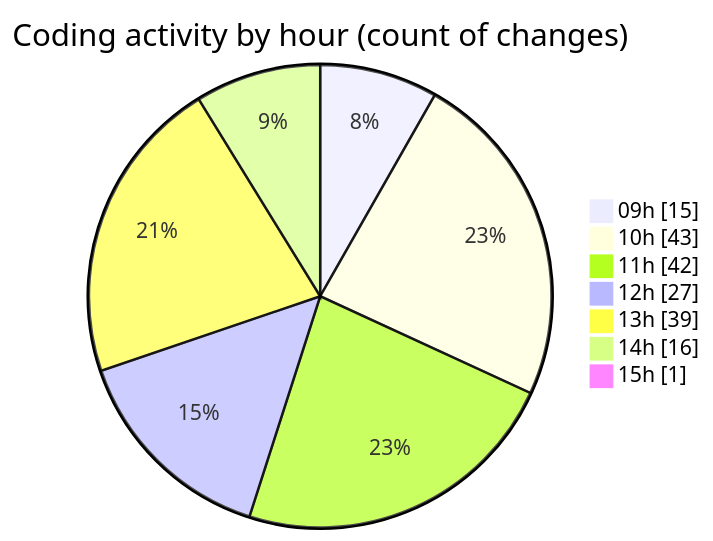
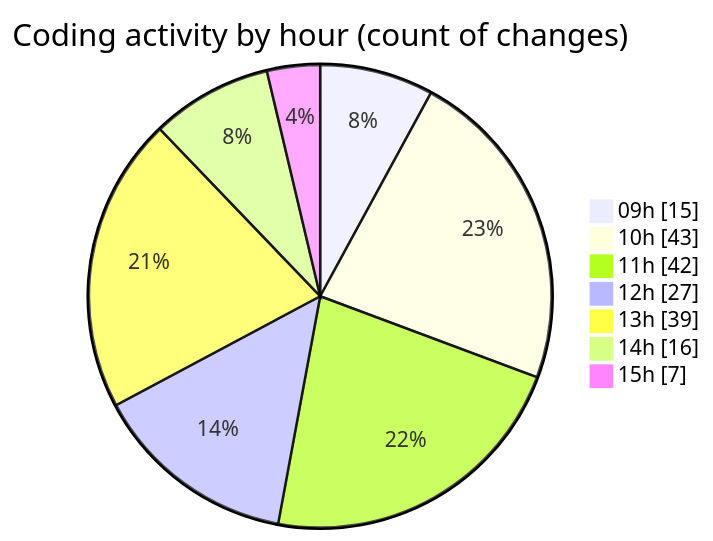
One commit to momahboobian/code-tracking changed the second of 2 diagrams in 2025-09-30/cda/README.md. Above: the diagram before and after it, drawn with Mermaid. The commit also changed other lines of this file and 1 other file, not shown here.

````diff
--- a/2025-09-30/cda/README.md
+++ b/2025-09-30/cda/README.md
@@ -32,11 +32,11 @@
 ```mermaid
 pie showData
 title Coding activity by hour (count of changes)
 "09h" : 15
 "10h" : 43
 "11h" : 42
 "12h" : 27
 "13h" : 39
 "14h" : 16
-"15h" : 1
+"15h" : 7
 ```
````
